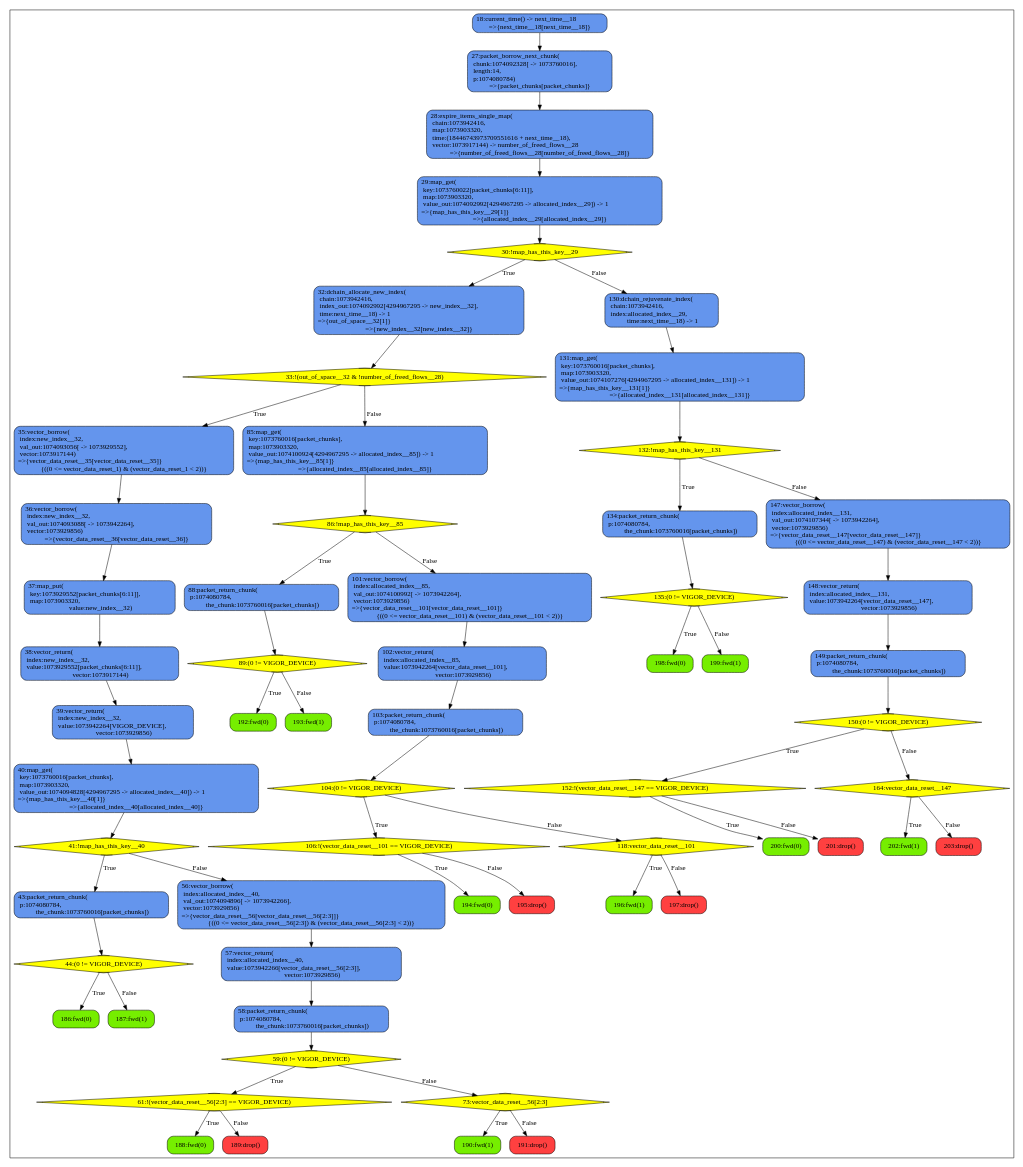
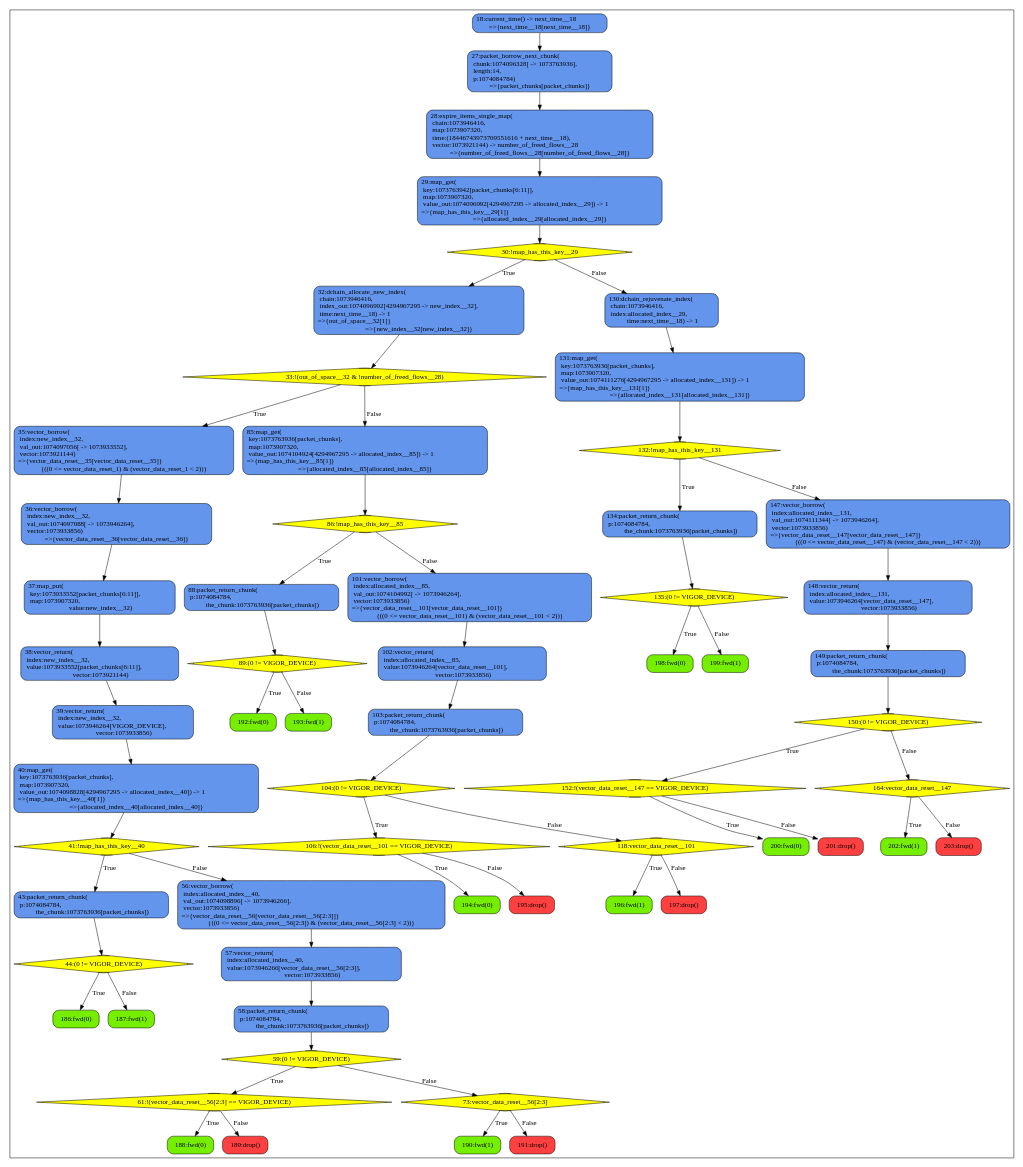
The diagram in bdds/bridge.gv (gui-baeta/synapse), drawn with Graphviz before and after one commit. The commit also changed 45 other files, not shown here.

```diff
--- a/bdds/bridge.gv
+++ b/bdds/bridge.gv
@@ -1,127 +1,127 @@
 digraph mygraph {
 	node [shape=box style=rounded border=0];
 	subgraph clusterprocess {
 		node [style="rounded,filled",color=black];
 		186 [label="186:fwd(0)", fillcolor="chartreuse2"];
 		187 [label="187:fwd(1)", fillcolor="chartreuse2"];
 		44 [shape=Mdiamond, label="44:(0 != VIGOR_DEVICE)", fillcolor="yellow"];
 		44 -> 186 [label="True"];
 		44 -> 187 [label="False"];
-		43 [label="43:packet_return_chunk(\l  p:1074080784,\l  the_chunk:1073760016[packet_chunks])", fillcolor="cornflowerblue"];
+		43 [label="43:packet_return_chunk(\l  p:1074084784,\l  the_chunk:1073763936[packet_chunks])", fillcolor="cornflowerblue"];
 		43 -> 44;
 		188 [label="188:fwd(0)", fillcolor="chartreuse2"];
 		189 [label="189:drop()", fillcolor="brown1"];
 		61 [shape=Mdiamond, label="61:!(vector_data_reset__56[2:3] == VIGOR_DEVICE)", fillcolor="yellow"];
 		61 -> 188 [label="True"];
 		61 -> 189 [label="False"];
 		190 [label="190:fwd(1)", fillcolor="chartreuse2"];
 		191 [label="191:drop()", fillcolor="brown1"];
 		73 [shape=Mdiamond, label="73:vector_data_reset__56[2:3]", fillcolor="yellow"];
 		73 -> 190 [label="True"];
 		73 -> 191 [label="False"];
 		59 [shape=Mdiamond, label="59:(0 != VIGOR_DEVICE)", fillcolor="yellow"];
 		59 -> 61 [label="True"];
 		59 -> 73 [label="False"];
-		58 [label="58:packet_return_chunk(\l  p:1074080784,\l  the_chunk:1073760016[packet_chunks])", fillcolor="cornflowerblue"];
+		58 [label="58:packet_return_chunk(\l  p:1074084784,\l  the_chunk:1073763936[packet_chunks])", fillcolor="cornflowerblue"];
 		58 -> 59;
-		57 [label="57:vector_return(\l  index:allocated_index__40,\l  value:1073942266[vector_data_reset__56[2:3]],\l  vector:1073929856)", fillcolor="cornflowerblue"];
+		57 [label="57:vector_return(\l  index:allocated_index__40,\l  value:1073946266[vector_data_reset__56[2:3]],\l  vector:1073933856)", fillcolor="cornflowerblue"];
 		57 -> 58;
-		56 [label="56:vector_borrow(\l  index:allocated_index__40,\l  val_out:1074094896[ -> 1073942266],\l  vector:1073929856)\l=>{vector_data_reset__56[vector_data_reset__56[2:3]]}\l{((0 <= vector_data_reset__56[2:3]) & (vector_data_reset__56[2:3] < 2))}", fillcolor="cornflowerblue"];
+		56 [label="56:vector_borrow(\l  index:allocated_index__40,\l  val_out:1074098896[ -> 1073946266],\l  vector:1073933856)\l=>{vector_data_reset__56[vector_data_reset__56[2:3]]}\l{((0 <= vector_data_reset__56[2:3]) & (vector_data_reset__56[2:3] < 2))}", fillcolor="cornflowerblue"];
 		56 -> 57;
 		41 [shape=Mdiamond, label="41:!map_has_this_key__40", fillcolor="yellow"];
 		41 -> 43 [label="True"];
 		41 -> 56 [label="False"];
-		40 [label="40:map_get(\l  key:1073760016[packet_chunks],\l  map:1073903320,\l  value_out:1074094828[4294967295 -> allocated_index__40]) -> 1\l=>{map_has_this_key__40[1]}\l=>{allocated_index__40[allocated_index__40]}", fillcolor="cornflowerblue"];
+		40 [label="40:map_get(\l  key:1073763936[packet_chunks],\l  map:1073907320,\l  value_out:1074098828[4294967295 -> allocated_index__40]) -> 1\l=>{map_has_this_key__40[1]}\l=>{allocated_index__40[allocated_index__40]}", fillcolor="cornflowerblue"];
 		40 -> 41;
-		39 [label="39:vector_return(\l  index:new_index__32,\l  value:1073942264[VIGOR_DEVICE],\l  vector:1073929856)", fillcolor="cornflowerblue"];
+		39 [label="39:vector_return(\l  index:new_index__32,\l  value:1073946264[VIGOR_DEVICE],\l  vector:1073933856)", fillcolor="cornflowerblue"];
 		39 -> 40;
-		38 [label="38:vector_return(\l  index:new_index__32,\l  value:1073929552[packet_chunks[6:11]],\l  vector:1073917144)", fillcolor="cornflowerblue"];
+		38 [label="38:vector_return(\l  index:new_index__32,\l  value:1073933552[packet_chunks[6:11]],\l  vector:1073921144)", fillcolor="cornflowerblue"];
 		38 -> 39;
-		37 [label="37:map_put(\l  key:1073929552[packet_chunks[6:11]],\l  map:1073903320,\l  value:new_index__32)", fillcolor="cornflowerblue"];
+		37 [label="37:map_put(\l  key:1073933552[packet_chunks[6:11]],\l  map:1073907320,\l  value:new_index__32)", fillcolor="cornflowerblue"];
 		37 -> 38;
-		36 [label="36:vector_borrow(\l  index:new_index__32,\l  val_out:1074093088[ -> 1073942264],\l  vector:1073929856)\l=>{vector_data_reset__36[vector_data_reset__36]}", fillcolor="cornflowerblue"];
+		36 [label="36:vector_borrow(\l  index:new_index__32,\l  val_out:1074097088[ -> 1073946264],\l  vector:1073933856)\l=>{vector_data_reset__36[vector_data_reset__36]}", fillcolor="cornflowerblue"];
 		36 -> 37;
-		35 [label="35:vector_borrow(\l  index:new_index__32,\l  val_out:1074093056[ -> 1073929552],\l  vector:1073917144)\l=>{vector_data_reset__35[vector_data_reset__35]}\l{((0 <= vector_data_reset_1) & (vector_data_reset_1 < 2))}", fillcolor="cornflowerblue"];
+		35 [label="35:vector_borrow(\l  index:new_index__32,\l  val_out:1074097056[ -> 1073933552],\l  vector:1073921144)\l=>{vector_data_reset__35[vector_data_reset__35]}\l{((0 <= vector_data_reset_1) & (vector_data_reset_1 < 2))}", fillcolor="cornflowerblue"];
 		35 -> 36;
 		192 [label="192:fwd(0)", fillcolor="chartreuse2"];
 		193 [label="193:fwd(1)", fillcolor="chartreuse2"];
 		89 [shape=Mdiamond, label="89:(0 != VIGOR_DEVICE)", fillcolor="yellow"];
 		89 -> 192 [label="True"];
 		89 -> 193 [label="False"];
-		88 [label="88:packet_return_chunk(\l  p:1074080784,\l  the_chunk:1073760016[packet_chunks])", fillcolor="cornflowerblue"];
+		88 [label="88:packet_return_chunk(\l  p:1074084784,\l  the_chunk:1073763936[packet_chunks])", fillcolor="cornflowerblue"];
 		88 -> 89;
 		194 [label="194:fwd(0)", fillcolor="chartreuse2"];
 		195 [label="195:drop()", fillcolor="brown1"];
 		106 [shape=Mdiamond, label="106:!(vector_data_reset__101 == VIGOR_DEVICE)", fillcolor="yellow"];
 		106 -> 194 [label="True"];
 		106 -> 195 [label="False"];
 		196 [label="196:fwd(1)", fillcolor="chartreuse2"];
 		197 [label="197:drop()", fillcolor="brown1"];
 		118 [shape=Mdiamond, label="118:vector_data_reset__101", fillcolor="yellow"];
 		118 -> 196 [label="True"];
 		118 -> 197 [label="False"];
 		104 [shape=Mdiamond, label="104:(0 != VIGOR_DEVICE)", fillcolor="yellow"];
 		104 -> 106 [label="True"];
 		104 -> 118 [label="False"];
-		103 [label="103:packet_return_chunk(\l  p:1074080784,\l  the_chunk:1073760016[packet_chunks])", fillcolor="cornflowerblue"];
+		103 [label="103:packet_return_chunk(\l  p:1074084784,\l  the_chunk:1073763936[packet_chunks])", fillcolor="cornflowerblue"];
 		103 -> 104;
-		102 [label="102:vector_return(\l  index:allocated_index__85,\l  value:1073942264[vector_data_reset__101],\l  vector:1073929856)", fillcolor="cornflowerblue"];
+		102 [label="102:vector_return(\l  index:allocated_index__85,\l  value:1073946264[vector_data_reset__101],\l  vector:1073933856)", fillcolor="cornflowerblue"];
 		102 -> 103;
-		101 [label="101:vector_borrow(\l  index:allocated_index__85,\l  val_out:1074100992[ -> 1073942264],\l  vector:1073929856)\l=>{vector_data_reset__101[vector_data_reset__101]}\l{((0 <= vector_data_reset__101) & (vector_data_reset__101 < 2))}", fillcolor="cornflowerblue"];
+		101 [label="101:vector_borrow(\l  index:allocated_index__85,\l  val_out:1074104992[ -> 1073946264],\l  vector:1073933856)\l=>{vector_data_reset__101[vector_data_reset__101]}\l{((0 <= vector_data_reset__101) & (vector_data_reset__101 < 2))}", fillcolor="cornflowerblue"];
 		101 -> 102;
 		86 [shape=Mdiamond, label="86:!map_has_this_key__85", fillcolor="yellow"];
 		86 -> 88 [label="True"];
 		86 -> 101 [label="False"];
-		85 [label="85:map_get(\l  key:1073760016[packet_chunks],\l  map:1073903320,\l  value_out:1074100924[4294967295 -> allocated_index__85]) -> 1\l=>{map_has_this_key__85[1]}\l=>{allocated_index__85[allocated_index__85]}", fillcolor="cornflowerblue"];
+		85 [label="85:map_get(\l  key:1073763936[packet_chunks],\l  map:1073907320,\l  value_out:1074104924[4294967295 -> allocated_index__85]) -> 1\l=>{map_has_this_key__85[1]}\l=>{allocated_index__85[allocated_index__85]}", fillcolor="cornflowerblue"];
 		85 -> 86;
 		33 [shape=Mdiamond, label="33:!(out_of_space__32 & !number_of_freed_flows__28)", fillcolor="yellow"];
 		33 -> 35 [label="True"];
 		33 -> 85 [label="False"];
-		32 [label="32:dchain_allocate_new_index(\l  chain:1073942416,\l  index_out:1074092992[4294967295 -> new_index__32],\l  time:next_time__18) -> 1\l=>{out_of_space__32[1]}\l=>{new_index__32[new_index__32]}", fillcolor="cornflowerblue"];
+		32 [label="32:dchain_allocate_new_index(\l  chain:1073946416,\l  index_out:1074096992[4294967295 -> new_index__32],\l  time:next_time__18) -> 1\l=>{out_of_space__32[1]}\l=>{new_index__32[new_index__32]}", fillcolor="cornflowerblue"];
 		32 -> 33;
 		198 [label="198:fwd(0)", fillcolor="chartreuse2"];
 		199 [label="199:fwd(1)", fillcolor="chartreuse2"];
 		135 [shape=Mdiamond, label="135:(0 != VIGOR_DEVICE)", fillcolor="yellow"];
 		135 -> 198 [label="True"];
 		135 -> 199 [label="False"];
-		134 [label="134:packet_return_chunk(\l  p:1074080784,\l  the_chunk:1073760016[packet_chunks])", fillcolor="cornflowerblue"];
+		134 [label="134:packet_return_chunk(\l  p:1074084784,\l  the_chunk:1073763936[packet_chunks])", fillcolor="cornflowerblue"];
 		134 -> 135;
 		200 [label="200:fwd(0)", fillcolor="chartreuse2"];
 		201 [label="201:drop()", fillcolor="brown1"];
 		152 [shape=Mdiamond, label="152:!(vector_data_reset__147 == VIGOR_DEVICE)", fillcolor="yellow"];
 		152 -> 200 [label="True"];
 		152 -> 201 [label="False"];
 		202 [label="202:fwd(1)", fillcolor="chartreuse2"];
 		203 [label="203:drop()", fillcolor="brown1"];
 		164 [shape=Mdiamond, label="164:vector_data_reset__147", fillcolor="yellow"];
 		164 -> 202 [label="True"];
 		164 -> 203 [label="False"];
 		150 [shape=Mdiamond, label="150:(0 != VIGOR_DEVICE)", fillcolor="yellow"];
 		150 -> 152 [label="True"];
 		150 -> 164 [label="False"];
-		149 [label="149:packet_return_chunk(\l  p:1074080784,\l  the_chunk:1073760016[packet_chunks])", fillcolor="cornflowerblue"];
+		149 [label="149:packet_return_chunk(\l  p:1074084784,\l  the_chunk:1073763936[packet_chunks])", fillcolor="cornflowerblue"];
 		149 -> 150;
-		148 [label="148:vector_return(\l  index:allocated_index__131,\l  value:1073942264[vector_data_reset__147],\l  vector:1073929856)", fillcolor="cornflowerblue"];
+		148 [label="148:vector_return(\l  index:allocated_index__131,\l  value:1073946264[vector_data_reset__147],\l  vector:1073933856)", fillcolor="cornflowerblue"];
 		148 -> 149;
-		147 [label="147:vector_borrow(\l  index:allocated_index__131,\l  val_out:1074107344[ -> 1073942264],\l  vector:1073929856)\l=>{vector_data_reset__147[vector_data_reset__147]}\l{((0 <= vector_data_reset__147) & (vector_data_reset__147 < 2))}", fillcolor="cornflowerblue"];
+		147 [label="147:vector_borrow(\l  index:allocated_index__131,\l  val_out:1074111344[ -> 1073946264],\l  vector:1073933856)\l=>{vector_data_reset__147[vector_data_reset__147]}\l{((0 <= vector_data_reset__147) & (vector_data_reset__147 < 2))}", fillcolor="cornflowerblue"];
 		147 -> 148;
 		132 [shape=Mdiamond, label="132:!map_has_this_key__131", fillcolor="yellow"];
 		132 -> 134 [label="True"];
 		132 -> 147 [label="False"];
-		131 [label="131:map_get(\l  key:1073760016[packet_chunks],\l  map:1073903320,\l  value_out:1074107276[4294967295 -> allocated_index__131]) -> 1\l=>{map_has_this_key__131[1]}\l=>{allocated_index__131[allocated_index__131]}", fillcolor="cornflowerblue"];
+		131 [label="131:map_get(\l  key:1073763936[packet_chunks],\l  map:1073907320,\l  value_out:1074111276[4294967295 -> allocated_index__131]) -> 1\l=>{map_has_this_key__131[1]}\l=>{allocated_index__131[allocated_index__131]}", fillcolor="cornflowerblue"];
 		131 -> 132;
-		130 [label="130:dchain_rejuvenate_index(\l  chain:1073942416,\l  index:allocated_index__29,\l  time:next_time__18) -> 1", fillcolor="cornflowerblue"];
+		130 [label="130:dchain_rejuvenate_index(\l  chain:1073946416,\l  index:allocated_index__29,\l  time:next_time__18) -> 1", fillcolor="cornflowerblue"];
 		130 -> 131;
 		30 [shape=Mdiamond, label="30:!map_has_this_key__29", fillcolor="yellow"];
 		30 -> 32 [label="True"];
 		30 -> 130 [label="False"];
-		29 [label="29:map_get(\l  key:1073760022[packet_chunks[6:11]],\l  map:1073903320,\l  value_out:1074092992[4294967295 -> allocated_index__29]) -> 1\l=>{map_has_this_key__29[1]}\l=>{allocated_index__29[allocated_index__29]}", fillcolor="cornflowerblue"];
+		29 [label="29:map_get(\l  key:1073763942[packet_chunks[6:11]],\l  map:1073907320,\l  value_out:1074096992[4294967295 -> allocated_index__29]) -> 1\l=>{map_has_this_key__29[1]}\l=>{allocated_index__29[allocated_index__29]}", fillcolor="cornflowerblue"];
 		29 -> 30;
-		28 [label="28:expire_items_single_map(\l  chain:1073942416,\l  map:1073903320,\l  time:(18446743973709551616 + next_time__18),\l  vector:1073917144) -> number_of_freed_flows__28\l=>{number_of_freed_flows__28[number_of_freed_flows__28]}", fillcolor="cornflowerblue"];
+		28 [label="28:expire_items_single_map(\l  chain:1073946416,\l  map:1073907320,\l  time:(18446743973709551616 + next_time__18),\l  vector:1073921144) -> number_of_freed_flows__28\l=>{number_of_freed_flows__28[number_of_freed_flows__28]}", fillcolor="cornflowerblue"];
 		28 -> 29;
-		27 [label="27:packet_borrow_next_chunk(\l  chunk:1074092328[ -> 1073760016],\l  length:14,\l  p:1074080784)\l=>{packet_chunks[packet_chunks]}", fillcolor="cornflowerblue"];
+		27 [label="27:packet_borrow_next_chunk(\l  chunk:1074096328[ -> 1073763936],\l  length:14,\l  p:1074084784)\l=>{packet_chunks[packet_chunks]}", fillcolor="cornflowerblue"];
 		27 -> 28;
 		18 [label="18:current_time() -> next_time__18\l=>{next_time__18[next_time__18]}", fillcolor="cornflowerblue"];
 		18 -> 27;
 	}
 }
```
